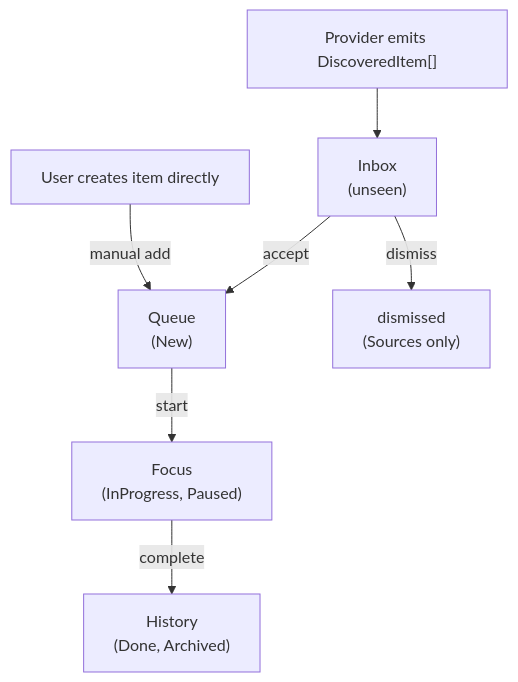
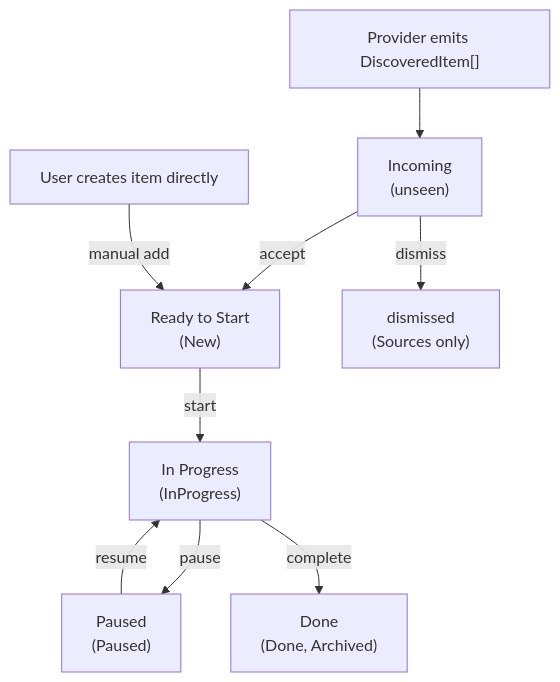
Before and after one commit to devdocket/devdocket: the diagram in docs/provider-api.md, drawn with Mermaid. The commit also changed other lines of this file and 10 other files, not shown here.

````diff
--- a/docs/provider-api.md
+++ b/docs/provider-api.md
@@ -461,9 +463,11 @@
 ```mermaid
 flowchart TD
-    P["Provider emits DiscoveredItem[]"] --> Inbox["Inbox\n(unseen)"]
-    Inbox -- accept --> Queue["Queue\n(New)"]
-    Inbox -- dismiss --> Dismissed["dismissed\n(Sources only)"]
-    User["User creates item directly"] -- manual add --> Queue
-    Queue -- start --> Focus["Focus\n(InProgress, Paused)"]
-    Focus -- complete --> History["History\n(Done, Archived)"]
+    P["Provider emits DiscoveredItem[]"] --> Incoming["Incoming\n(unseen)"]
+    Incoming -- accept --> Ready["Ready to Start\n(New)"]
+    Incoming -- dismiss --> Dismissed["dismissed\n(Sources only)"]
+    User["User creates item directly"] -- manual add --> Ready
+    Ready -- start --> InProgress["In Progress\n(InProgress)"]
+    InProgress -- pause --> Paused["Paused\n(Paused)"]
+    Paused -- resume --> InProgress
+    InProgress -- complete --> Done["Done\n(Done, Archived)"]
 ```
````
